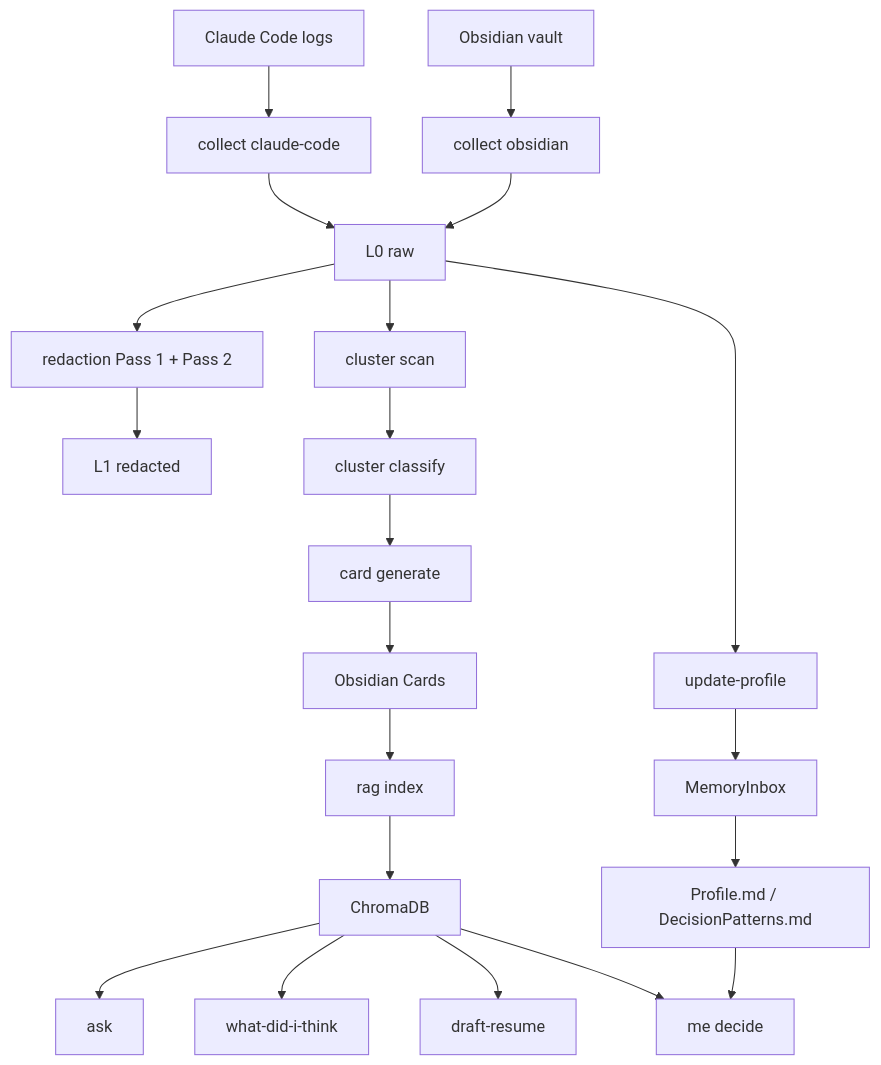
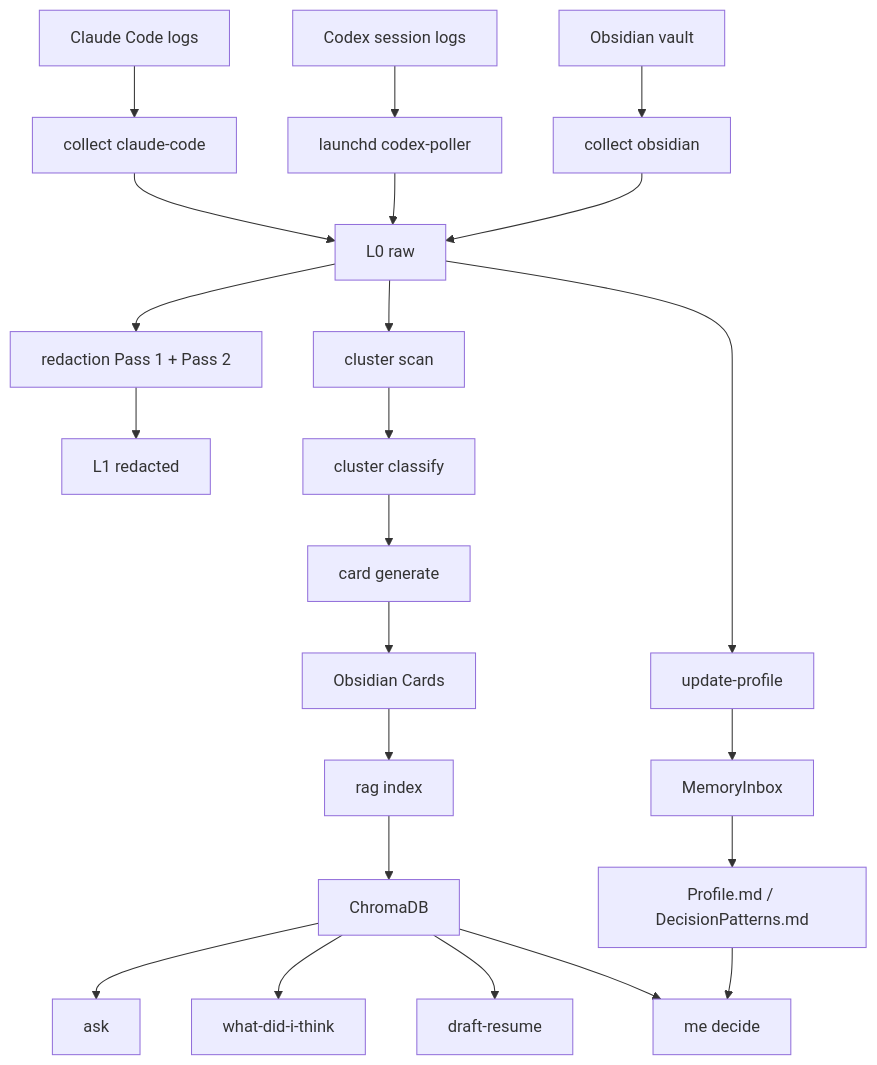
Before and after one commit to Jimmy-Jung/synapse-memory: the diagram in docs/architecture.md, drawn with Mermaid. The commit also changed other lines of this file and 9 other files, not shown here.

````diff
--- a/docs/architecture.md
+++ b/docs/architecture.md
@@ -40,23 +68,25 @@
 ```mermaid
 graph TD
     CC[Claude Code logs] --> C1[collect claude-code]
+    CX[Codex session logs] --> CXP[launchd codex-poller]
     OBS[Obsidian vault] --> C2[collect obsidian]
     C1 --> L0[L0 raw]
+    CXP --> L0
     C2 --> L0
     L0 --> RED[redaction Pass 1 + Pass 2]
     RED --> L1[L1 redacted]
     L0 --> CL[cluster scan]
     CL --> CLS[cluster classify]
     CLS --> GEN[card generate]
     GEN --> L2[Obsidian Cards]
     L2 --> IDX[rag index]
     IDX --> L3[ChromaDB]
     L3 --> ASK[ask]
     L3 --> WDT[what-did-i-think]
     L3 --> RESUME[draft-resume]
     L0 --> PROF[update-profile]
     PROF --> MI[MemoryInbox]
     MI --> PROFILE[Profile.md / DecisionPatterns.md]
     PROFILE --> DECIDE[me decide]
     L3 --> DECIDE
 ```
````
